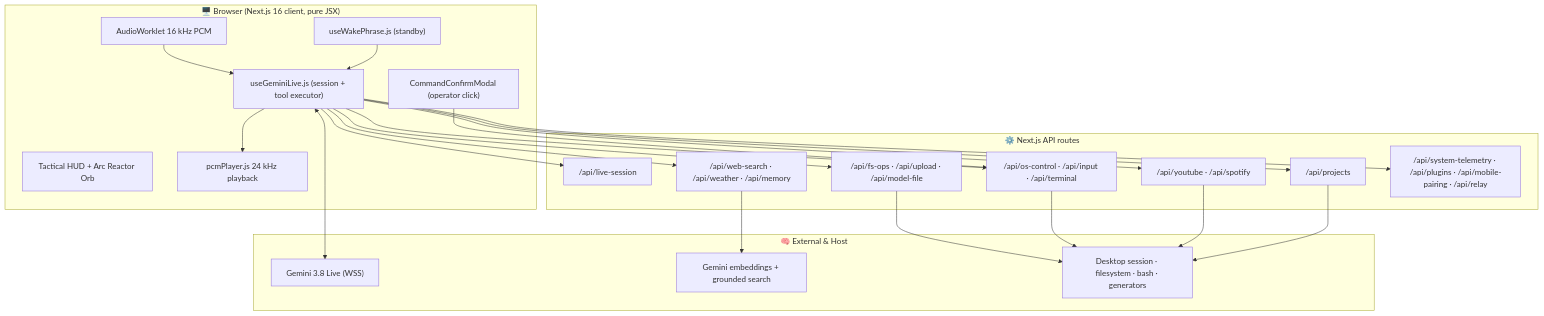
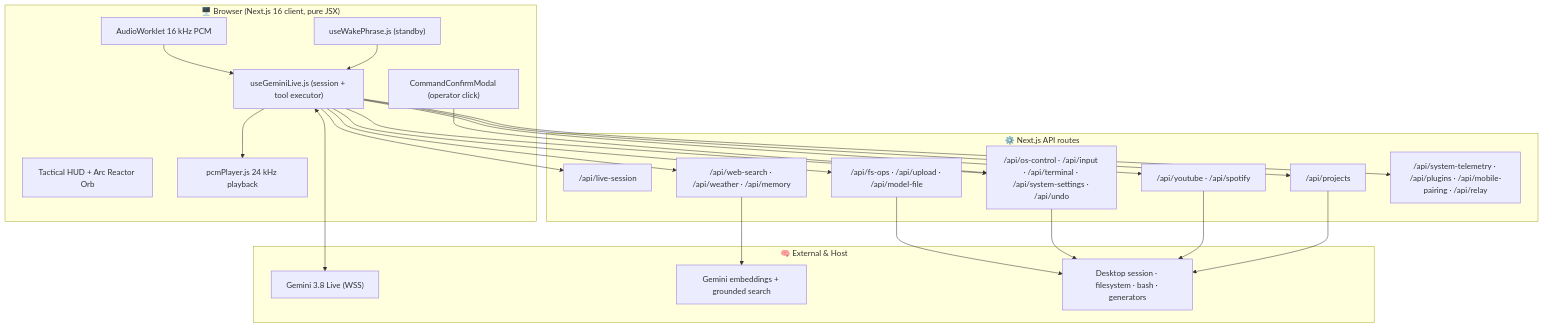
Before and after one commit to bhavyajustchill/ultron-ai: the diagram in docs/ARCHITECTURE.md, drawn with Mermaid. The commit also changed other lines of this file and 20 other files, not shown here.

First line of the commit message:
Add undo and system settings with on-screen confirmation (Phase 8.3)

````diff
--- a/docs/ARCHITECTURE.md
+++ b/docs/ARCHITECTURE.md
@@ -18,34 +18,34 @@
 ```mermaid
 flowchart TB
     subgraph Browser ["🖥️ Browser (Next.js 16 client, pure JSX)"]
         HUD["Tactical HUD + Arc Reactor Orb"]
         Live["useGeminiLive.js (session + tool executor)"]
         Mic["AudioWorklet 16 kHz PCM"] --> Live
         Live --> Player["pcmPlayer.js 24 kHz playback"]
         Wake["useWakePhrase.js (standby)"] --> Live
         Gate["CommandConfirmModal (operator click)"]
     end
 
     subgraph Server ["⚙️ Next.js API routes"]
         Session["/api/live-session"]
         Files["/api/fs-ops · /api/upload · /api/model-file"]
-        Desktop["/api/os-control · /api/input · /api/terminal"]
+        Desktop["/api/os-control · /api/input · /api/terminal · /api/system-settings · /api/undo"]
         Intel["/api/web-search · /api/weather · /api/memory"]
         Media["/api/youtube · /api/spotify"]
         Projects["/api/projects"]
         Misc["/api/system-telemetry · /api/plugins · /api/mobile-pairing · /api/relay"]
     end
 
     subgraph External ["🧠 External & Host"]
         Gemini["Gemini 3.8 Live (WSS)"]
         GoogleAPIs["Gemini embeddings + grounded search"]
         Host["Desktop session · filesystem · bash · generators"]
     end
 
     Live <--> Gemini
     Live --> Session
     Live --> Files & Desktop & Intel & Media & Projects & Misc
     Gate --> Desktop
     Intel --> GoogleAPIs
     Files & Desktop & Media & Projects --> Host
 ```
````
